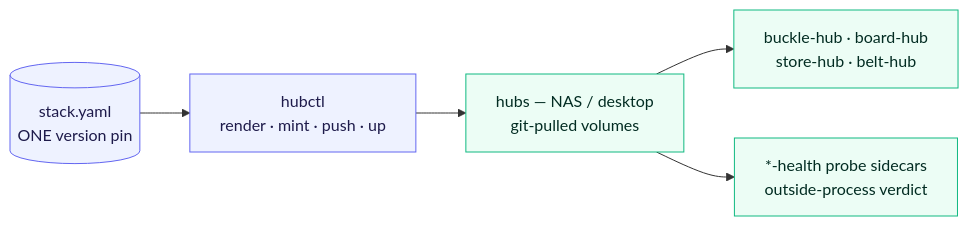
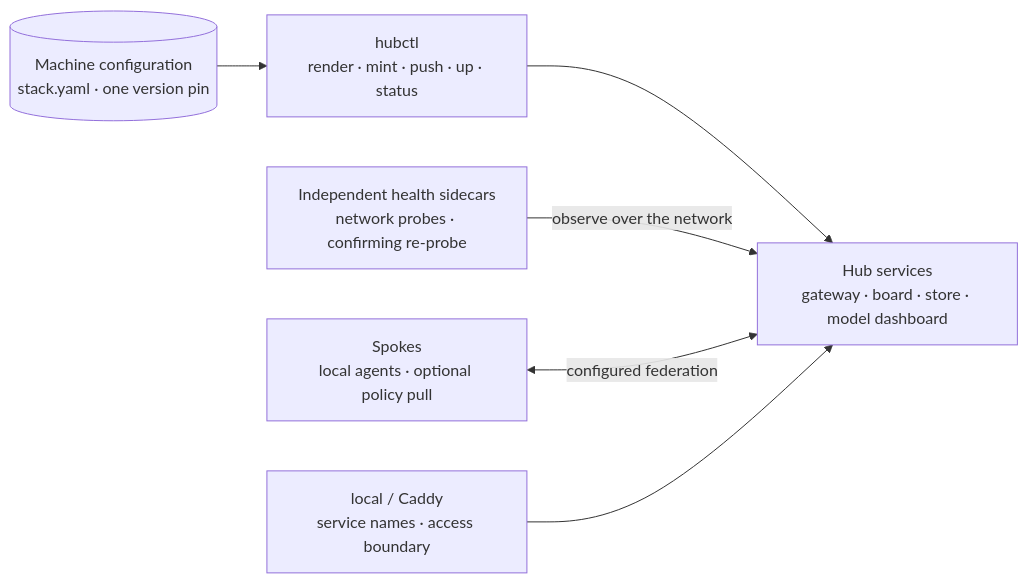
One commit to klh/fleet changed the second of 2 diagrams in README.md. Above: the diagram before and after it, drawn with Mermaid. The commit also changed other lines of this file and 1 other file, not shown here.

Commit message:
docs: explain the full fleet stack and review migration boundaries

````diff
--- a/README.md
+++ b/README.md
@@ -74,12 +109,14 @@
 ```mermaid
 flowchart LR
-  CFG[("stack.yaml<br/>ONE version pin")] --> HUBCTL["hubctl<br/>render · mint · push · up"]
-  HUBCTL --> HUB["hubs — NAS / desktop<br/>git-pulled volumes"]
-  HUB --> SVC["buckle-hub · board-hub<br/>store-hub · belt-hub"]
-  HUB --> HEALTH["*-health probe sidecars<br/>outside-process verdict"]
+  CFG[("Machine configuration<br/>stack.yaml · one version pin")]
+  CTL["hubctl<br/>render · mint · push · up · status"]
+  HUB["Hub services<br/>gateway · board · store · model dashboard"]
+  PROBE["Independent health sidecars<br/>network probes · confirming re-probe"]
+  SPOKE["Spokes<br/>local agents · optional policy pull"]
+  FRONT["local / Caddy<br/>service names · access boundary"]
 
-  classDef cfg fill:#eef2ff,stroke:#6366f1,color:#1e1b4b;
-  classDef hub fill:#ecfdf5,stroke:#10b981,color:#022c22;
-  class CFG,HUBCTL cfg
-  class HUB,SVC,HEALTH hub
+  CFG --> CTL --> HUB
+  PROBE -->|"observe over the network"| HUB
+  SPOKE <-->|"configured federation"| HUB
+  FRONT --> HUB
 ```
````
